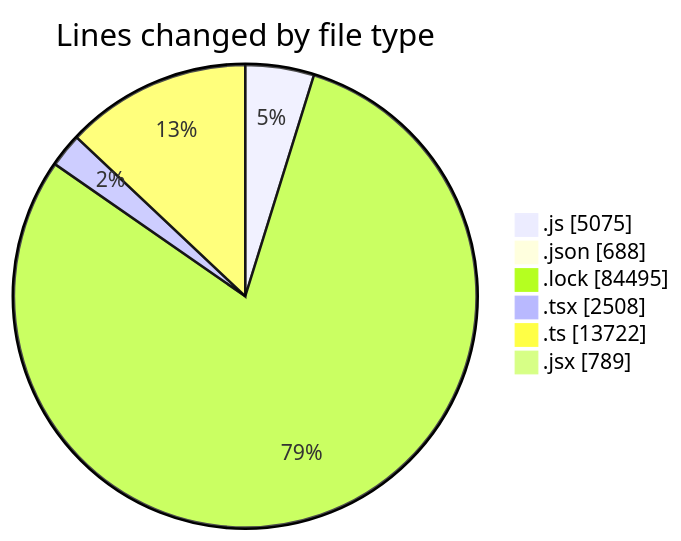
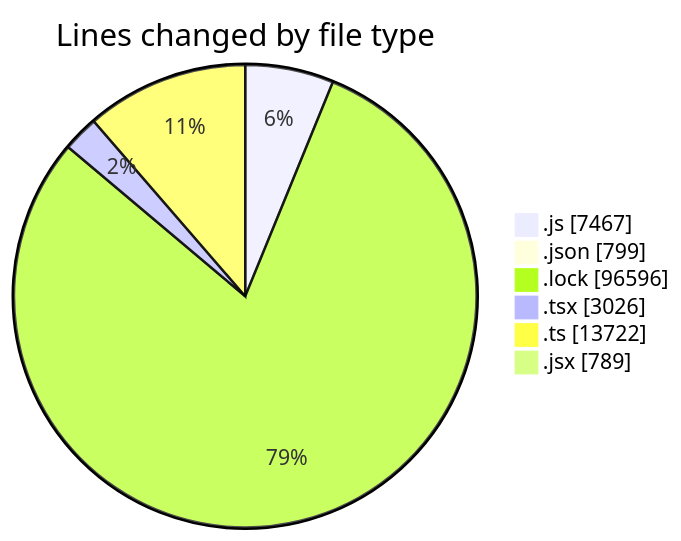
Before and after one commit to momahboobian/code-tracking: the first of 2 diagrams in 2025-12-18/cda/README.md, drawn with Mermaid. The commit also changed other lines of this file and 1 other file, not shown here.

````diff
--- a/2025-12-18/cda/README.md
+++ b/2025-12-18/cda/README.md
@@ -88,10 +90,10 @@
 ```mermaid
 pie showData
 title Lines changed by file type
-".js" : 5075
-".json" : 688
-".lock" : 84495
-".tsx" : 2508
+".js" : 7467
+".json" : 799
+".lock" : 96596
+".tsx" : 3026
 ".ts" : 13722
 ".jsx" : 789
 ```
````
